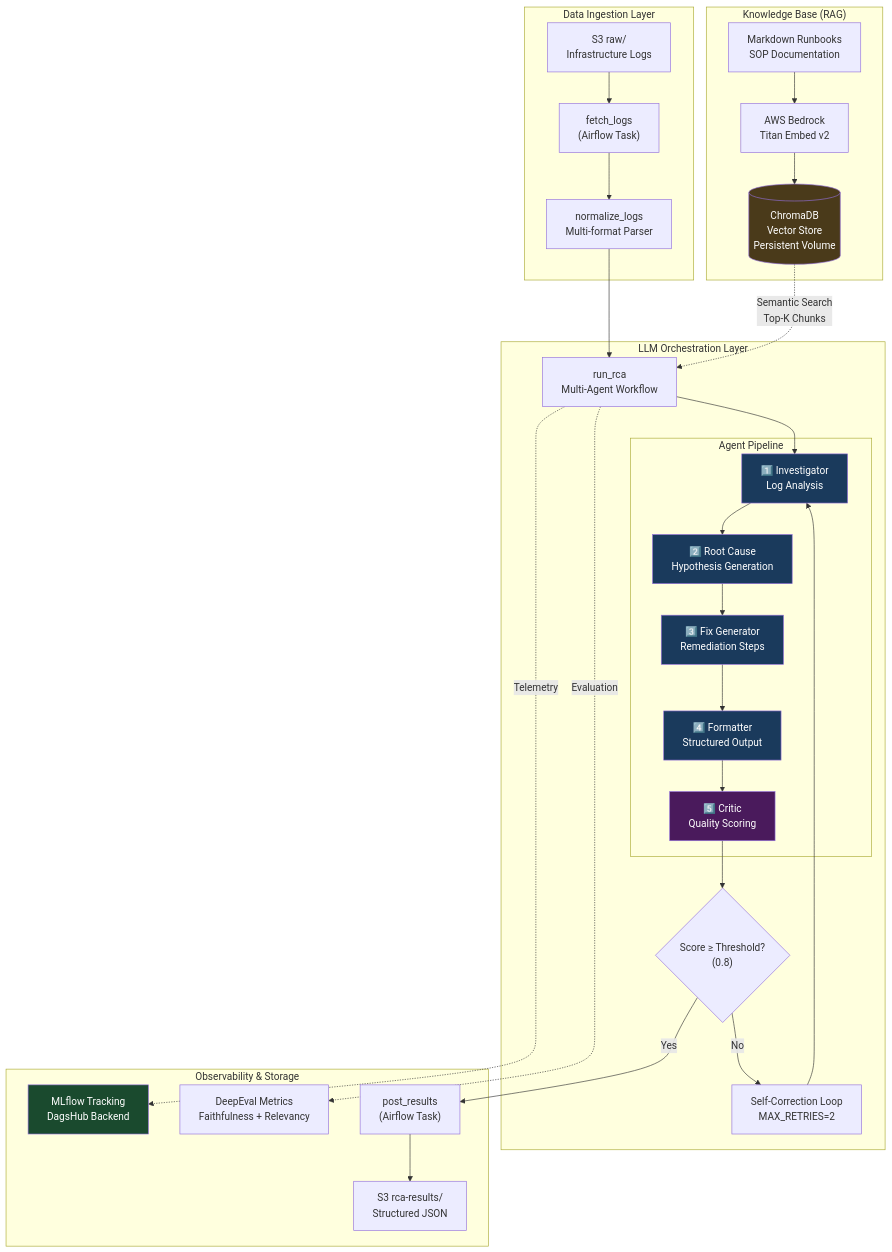
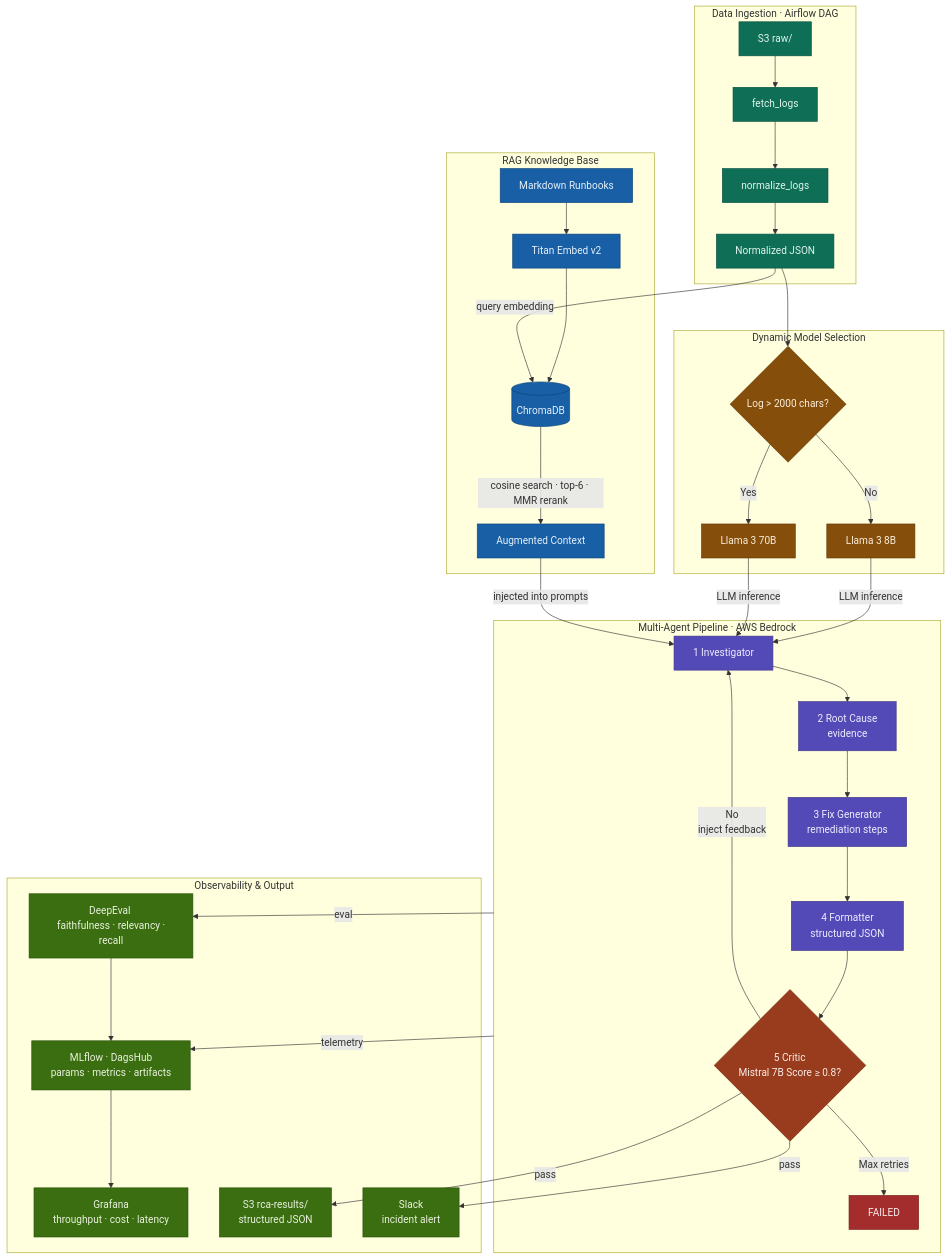
One commit to nasim-raj-laskar/InfraMind changed the first of 16 diagrams in README.md. Above: the diagram before and after it, drawn with Mermaid. The commit also changed other lines of this file, not shown here.

Commit message:
README.md updated

````diff
--- a/README.md
+++ b/README.md
@@ -11,67 +10,60 @@
 ```mermaid
-graph TB
-    subgraph "Data Ingestion Layer"
-        S3_RAW["S3 raw/<br/>Infrastructure Logs"]
-        FETCH["fetch_logs<br/>(Airflow Task)"]
-        NORM["normalize_logs<br/>Multi-format Parser"]
+
+flowchart TB
+    subgraph INGEST["Data Ingestion · Airflow DAG"]
+        LOGS["S3 raw/"] --> FETCH["fetch_logs"] --> NORM["normalize_logs"] --> NORM_OUT["Normalized JSON"]
     end
-    
-    subgraph "Knowledge Base (RAG)"
-        RUNBOOKS["Markdown Runbooks<br/>SOP Documentation"]
-        EMBED["AWS Bedrock<br/>Titan Embed v2"]
-        CHROMA[("ChromaDB<br/>Vector Store<br/>Persistent Volume")]
+
+    subgraph RAG["RAG Knowledge Base"]
+        RUNBOOKS["Markdown Runbooks"] --> EMBED["Titan Embed v2"] --> CHROMA[("ChromaDB")]
+        CHROMA -->|"cosine search · top-6 · MMR rerank"| CONTEXT["Augmented Context"]
     end
-    
-    subgraph "LLM Orchestration Layer"
-        RCA_ORCH["run_rca<br/>Multi-Agent Workflow"]
-        
-        subgraph "Agent Pipeline"
-            A1["1️⃣ Investigator<br/>Log Analysis"]
-            A2["2️⃣ Root Cause<br/>Hypothesis Generation"]
-            A3["3️⃣ Fix Generator<br/>Remediation Steps"]
-            A4["4️⃣ Formatter<br/>Structured Output"]
-            A5["5️⃣ Critic<br/>Quality Scoring"]
-        end
-        
-        RETRY{"Score ≥ Threshold?<br/>(0.8)"}
-        LOOP["Self-Correction Loop<br/>MAX_RETRIES=2"]
+
+    subgraph MODEL["Dynamic Model Selection"]
+        CHECK{"Log > 2000 chars?"}
+        CHECK -->|No| L8["Llama 3 8B"]
+        CHECK -->|Yes| L70["Llama 3 70B"]
     end
-    
-    subgraph "Observability & Storage"
-        MLFLOW["MLflow Tracking<br/>DagsHub Backend"]
-        DEEPEVAL["DeepEval Metrics<br/>Faithfulness + Relevancy"]
-        S3_OUT["S3 rca-results/<br/>Structured JSON"]
-        POST["post_results<br/>(Airflow Task)"]
+
+    subgraph AGENTS["Multi-Agent Pipeline · AWS Bedrock"]
+        A1["1 Investigator"] --> A2["2 Root Cause <br/> evidence"] --> A3["3 Fix Generator <br/> remediation steps"] --> A4["4 Formatter <br/> structured JSON"]
+        A4 --> CRITIC{"5 Critic <br/> Mistral 7B Score ≥ 0.8?"}
+        CRITIC -->|"No <br/> inject feedback"| A1
+        CRITIC -->|Max retries| FAIL["FAILED"]
     end
-    
-    S3_RAW --> FETCH
-    FETCH --> NORM
-    RUNBOOKS --> EMBED
-    EMBED --> CHROMA
-    
-    NORM --> RCA_ORCH
-    CHROMA -."Semantic Search<br/>Top-K Chunks".-> RCA_ORCH
-    
-    RCA_ORCH --> A1
-    A1 --> A2
-    A2 --> A3
-    A3 --> A4
-    A4 --> A5
-    
-    A5 --> RETRY
-    RETRY -->|"No"| LOOP
-    LOOP --> A1
-    RETRY -->|"Yes"| POST
-    
-    RCA_ORCH -."Telemetry".-> MLFLOW
-    RCA_ORCH -."Evaluation".-> DEEPEVAL
-    POST --> S3_OUT
-    
-    style A1 fill:#1a3a5c,color:#fff
-    style A2 fill:#1a3a5c,color:#fff
-    style A3 fill:#1a3a5c,color:#fff
-    style A4 fill:#1a3a5c,color:#fff
-    style A5 fill:#4a1a5c,color:#fff
-    style CHROMA fill:#4a3a1a,color:#fff
-    style MLFLOW fill:#1a4a2e,color:#fff
+
+    subgraph OBS["Observability & Output"]
+        MLFLOW["MLflow · DagsHub <br/> params · metrics · artifacts"]
+        DEEPEVAL["DeepEval <br/> faithfulness · relevancy · recall"]
+        GRAFANA["Grafana <br/> throughput · cost · latency"]
+        S3_OUT["S3 rca-results/ <br/>structured JSON"]
+        SLACK["Slack <br/> incident alert"]
+    end
+
+    NORM_OUT --> CHECK
+    NORM_OUT -->|query embedding| CHROMA
+    L8 & L70 -->|LLM inference| A1
+    CONTEXT -->|injected into prompts| A1
+    CRITIC -->|pass| S3_OUT
+    CRITIC -->|pass| SLACK
+    AGENTS -->|telemetry| MLFLOW
+    AGENTS -->|eval| DEEPEVAL
+    DEEPEVAL --> MLFLOW
+    MLFLOW --> GRAFANA
+
+    classDef teal fill:#0F6E56,color:#E1F5EE,stroke:#085041
+    classDef blue fill:#185FA5,color:#E6F1FB,stroke:#0C447C
+    classDef purple fill:#534AB7,color:#EEEDFE,stroke:#3C3489
+    classDef coral fill:#993C1D,color:#FAECE7,stroke:#712B13
+    classDef amber fill:#854F0B,color:#FAEEDA,stroke:#633806
+    classDef green fill:#3B6D11,color:#EAF3DE,stroke:#27500A
+    classDef red fill:#A32D2D,color:#FCEBEB,stroke:#791F1F
+
+    class LOGS,FETCH,NORM,NORM_OUT teal
+    class RUNBOOKS,EMBED,CHROMA,CONTEXT blue
+    class CHECK,L8,L70 amber
+    class A1,A2,A3,A4 purple
+    class CRITIC coral
+    class FAIL red
+    class MLFLOW,DEEPEVAL,GRAFANA,S3_OUT,SLACK green
 ```
````
